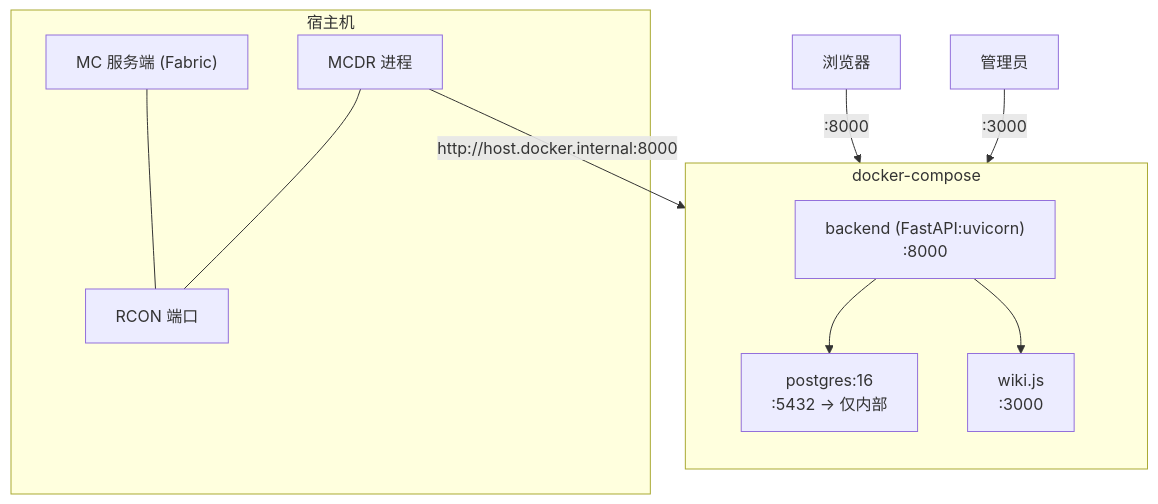
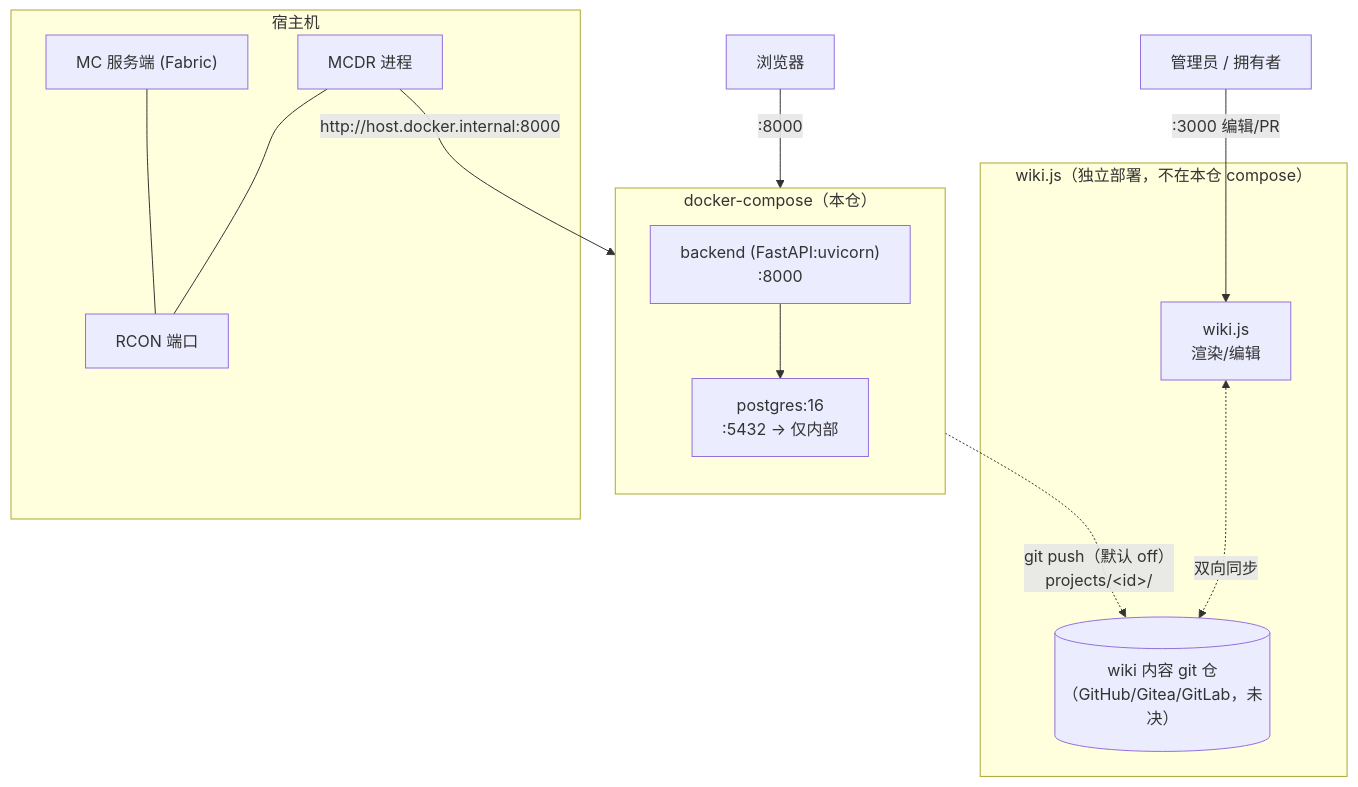
One commit to YuShenLiu06/PCHSystem changed the second of 7 diagrams in Docs/architecture.md. Above: the diagram before and after it, drawn with Mermaid. The commit also changed other lines of this file and 6 other files, not shown here.

First line of the commit message:
docs: R-8 重写为 git 双向 + wiki-service/mcdr 文档 + 归档产物结构

````diff
--- a/Docs/architecture.md
+++ b/Docs/architecture.md
@@ -115,23 +119,28 @@
 ```mermaid
 flowchart TB
     subgraph Host["宿主机"]
         MC["MC 服务端 (Fabric)"]
         MCDR["MCDR 进程"]
         RCON["RCON 端口"]
         MC --- RCON
         MCDR --- RCON
     end
 
-    subgraph Compose["docker-compose"]
+    subgraph Compose["docker-compose（本仓）"]
         direction TB
         C_API["backend (FastAPI:uvicorn)<br/>:8000"]
         C_DB["postgres:16<br/>:5432 → 仅内部"]
-        C_WIKI["wiki.js<br/>:3000"]
         C_API --> C_DB
-        C_API --> C_WIKI
+    end
+
+    subgraph WikiSide["wiki.js（独立部署，不在本仓 compose）"]
+        C_WIKI["wiki.js<br/>渲染/编辑"]
+        WIKIREPO2[("wiki 内容 git 仓<br/>（GitHub/Gitea/GitLab，未决）")]
+        C_WIKI <-.->|双向同步| WIKIREPO2
     end
 
     MCDR -->|http://host.docker.internal:8000| C_API
     WEB["浏览器"] -->|:8000| C_API
-    ADMIN["管理员"] -->|:3000| C_WIKI
+    C_API -.->|git push（默认 off）<br/>projects/&lt;id&gt;/| WIKIREPO2
+    ADMIN["管理员 / 拥有者"] -->|:3000 编辑/PR| C_WIKI
 ```
````
